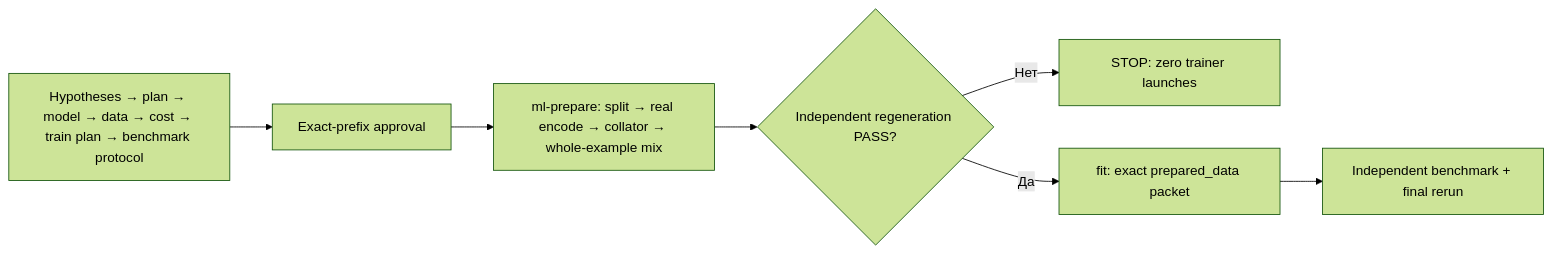
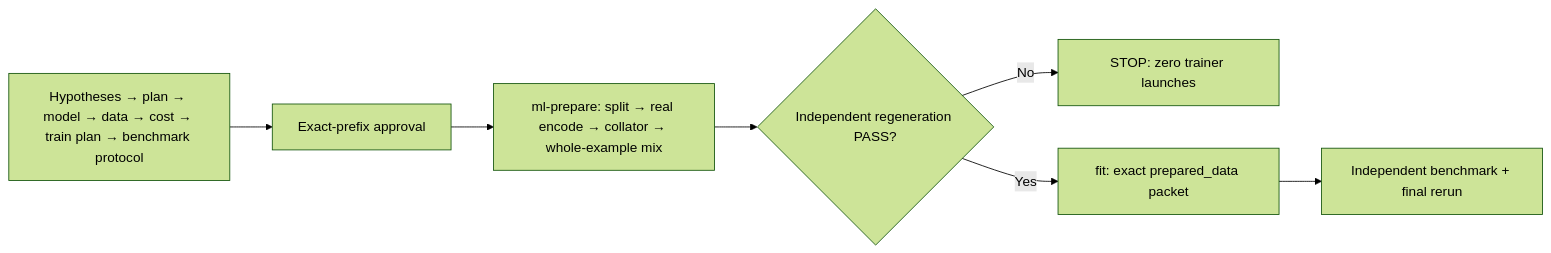
Before and after one commit to zxc0zxc0zxc/palarran-framework: the diagram in docs/ml/data/pipeline.md, drawn with Mermaid (forest theme). The commit also changed other lines of this file and 783 other files, not shown here.

````diff
--- a/docs/ml/data/pipeline.md
+++ b/docs/ml/data/pipeline.md
@@ -37,9 +37,9 @@
 ```mermaid
 flowchart LR
   P[Hypotheses → plan → model → data → cost → train plan → benchmark protocol] --> A[Exact-prefix approval]
   A --> D[ml-prepare: split → real encode → collator → whole-example mix]
   D --> V{Independent regeneration PASS?}
-  V -->|Нет| S[STOP: zero trainer launches]
-  V -->|Да| F[fit: exact prepared_data packet]
+  V -->|No| S[STOP: zero trainer launches]
+  V -->|Yes| F[fit: exact prepared_data packet]
   F --> B[Independent benchmark + final rerun]
 ```
````
